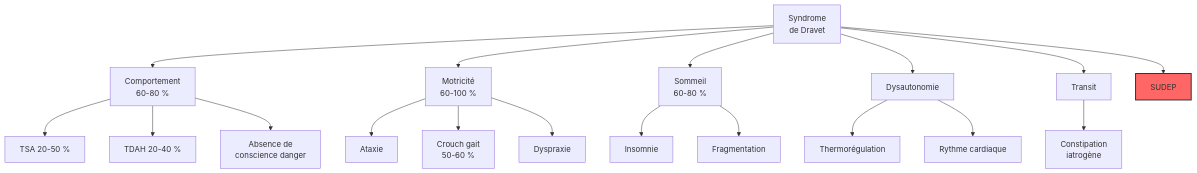
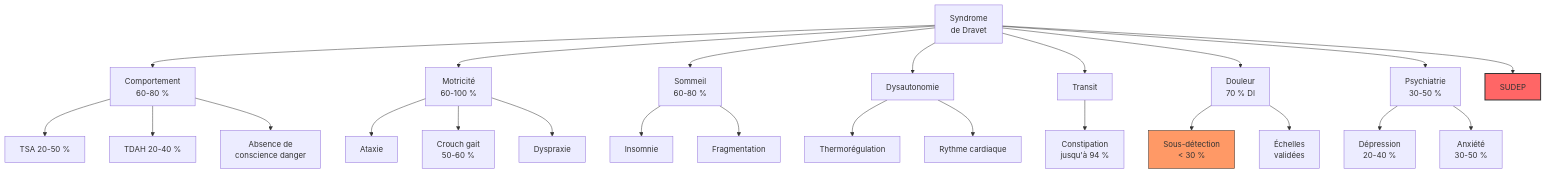
One commit to popul/book-dravet changed the diagram in chapitres/chapitre_06.md. Above: the diagram before and after it, drawn with Mermaid. The commit also changed other lines of this file and 6 other files, not shown here.

````diff
--- a/chapitres/chapitre_06.md
+++ b/chapitres/chapitre_06.md
@@ -72,27 +145,36 @@
 ```mermaid
 graph TD
     A["Syndrome<br/>de Dravet"] --> B["Comportement<br/>60-80 %"]
     A --> C["Motricité<br/>60-100 %"]
     A --> D["Sommeil<br/>60-80 %"]
     A --> E["Dysautonomie"]
     A --> F["Transit"]
+    A --> H["Douleur<br/>70 % DI"]
+    A --> I["Psychiatrie<br/>30-50 %"]
     A --> G["SUDEP"]
 
     B --> B1["TSA 20-50 %"]
     B --> B2["TDAH 20-40 %"]
     B --> B3["Absence de<br/>conscience danger"]
 
     C --> C1["Ataxie"]
     C --> C2["Crouch gait<br/>50-60 %"]
     C --> C3["Dyspraxie"]
 
     D --> D1["Insomnie"]
     D --> D2["Fragmentation"]
 
     E --> E1["Thermorégulation"]
     E --> E2["Rythme cardiaque"]
 
-    F --> F1["Constipation<br/>iatrogène"]
+    F --> F1["Constipation<br/>jusqu'à 94 %"]
+
+    H --> H1["Sous-détection<br/>< 30 %"]
+    H --> H2["Échelles<br/>validées"]
+
+    I --> I1["Dépression<br/>20-40 %"]
+    I --> I2["Anxiété<br/>30-50 %"]
 
     style G fill:#f66,stroke:#333,stroke-width:2px
+    style H1 fill:#f96,stroke:#333
 ```
````
